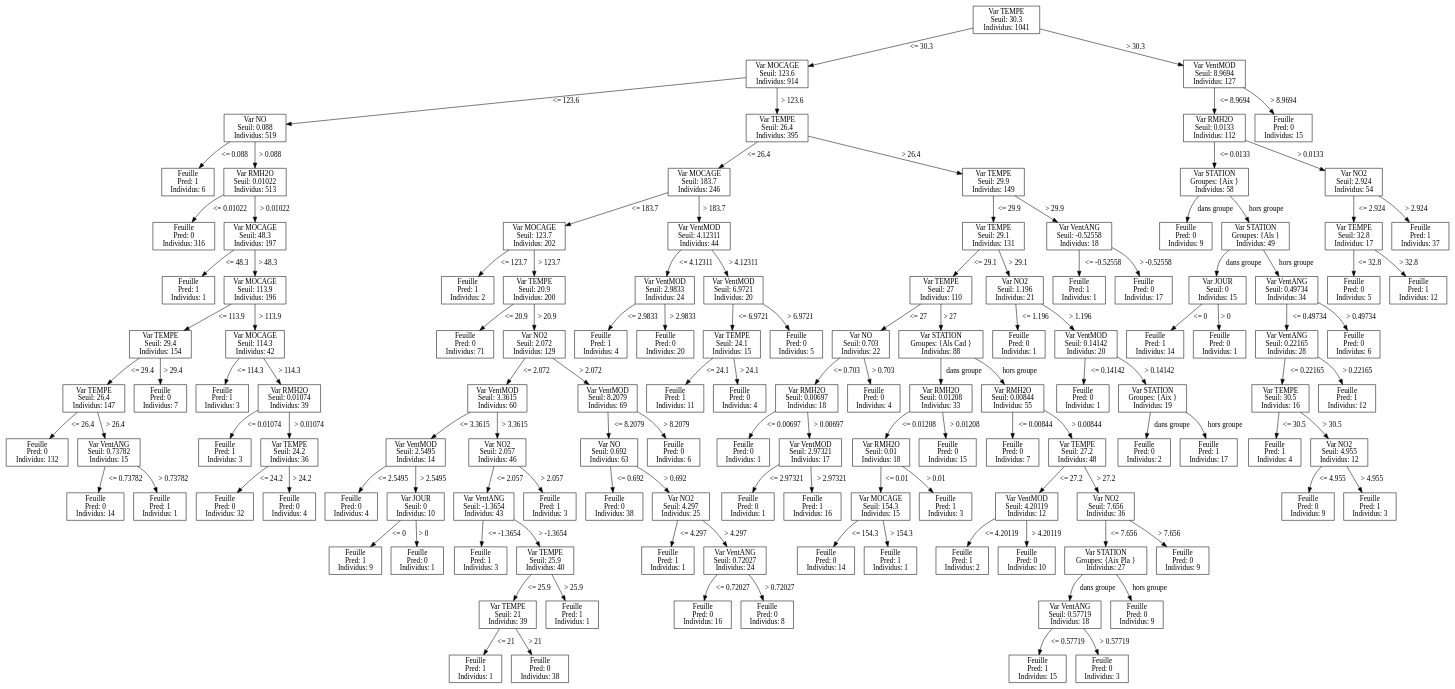
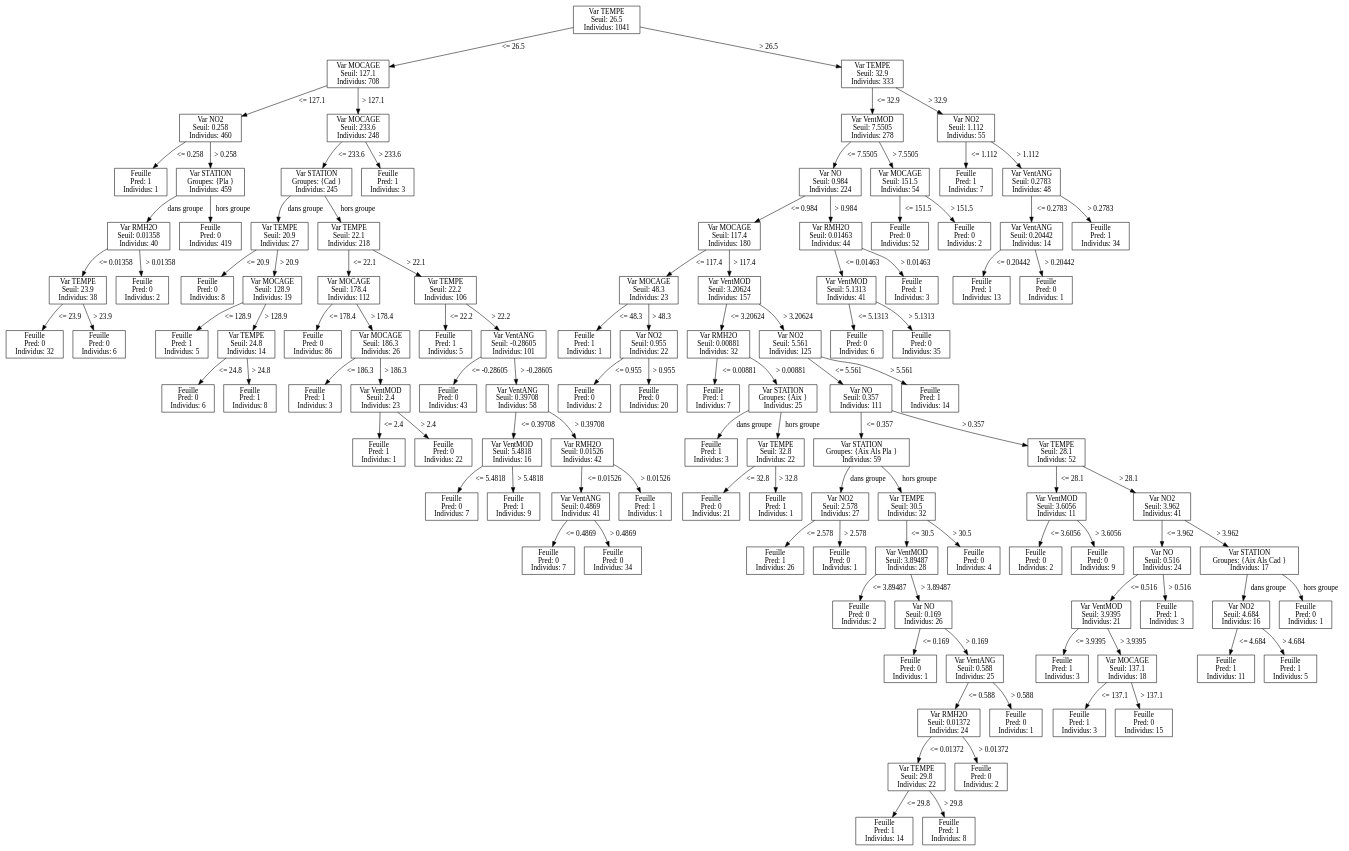
Before and after one commit to Narcisse-sudo/Binary-Tree-C-: the diagram in ArbreNum4Bagging.dot, drawn with Graphviz. The commit also changed 7 other files, not shown here.

```diff
--- a/ArbreNum4Bagging.dot
+++ b/ArbreNum4Bagging.dot
@@ -1,256 +1,224 @@
 digraph Arbre {
   node [shape=box];
-  0 [label="Var TEMPE\nSeuil: 30.3\nIndividus: 1041"];
-  1 [label="Var MOCAGE\nSeuil: 123.6\nIndividus: 914"];
-  2 [label="Var NO\nSeuil: 0.088\nIndividus: 519"];
-  3 [label="Feuille\n Pred: 1\nIndividus: 6"];
-  2 -> 3 [label="<= 0.088"];
-  4 [label="Var RMH2O\nSeuil: 0.01022\nIndividus: 513"];
-  5 [label="Feuille\n Pred: 0\nIndividus: 316"];
-  4 -> 5 [label="<= 0.01022"];
-  6 [label="Var MOCAGE\nSeuil: 48.3\nIndividus: 197"];
-  7 [label="Feuille\n Pred: 1\nIndividus: 1"];
-  6 -> 7 [label="<= 48.3"];
-  8 [label="Var MOCAGE\nSeuil: 113.9\nIndividus: 196"];
-  9 [label="Var TEMPE\nSeuil: 29.4\nIndividus: 154"];
-  10 [label="Var TEMPE\nSeuil: 26.4\nIndividus: 147"];
-  11 [label="Feuille\n Pred: 0\nIndividus: 132"];
-  10 -> 11 [label="<= 26.4"];
-  12 [label="Var VentANG\nSeuil: 0.73782\nIndividus: 15"];
-  13 [label="Feuille\n Pred: 0\nIndividus: 14"];
-  12 -> 13 [label="<= 0.73782"];
-  14 [label="Feuille\n Pred: 1\nIndividus: 1"];
-  12 -> 14 [label="> 0.73782"];
-  10 -> 12 [label="> 26.4"];
-  9 -> 10 [label="<= 29.4"];
-  15 [label="Feuille\n Pred: 0\nIndividus: 7"];
-  9 -> 15 [label="> 29.4"];
-  8 -> 9 [label="<= 113.9"];
-  16 [label="Var MOCAGE\nSeuil: 114.3\nIndividus: 42"];
-  17 [label="Feuille\n Pred: 1\nIndividus: 3"];
-  16 -> 17 [label="<= 114.3"];
-  18 [label="Var RMH2O\nSeuil: 0.01074\nIndividus: 39"];
-  19 [label="Feuille\n Pred: 1\nIndividus: 3"];
-  18 -> 19 [label="<= 0.01074"];
-  20 [label="Var TEMPE\nSeuil: 24.2\nIndividus: 36"];
-  21 [label="Feuille\n Pred: 0\nIndividus: 32"];
-  20 -> 21 [label="<= 24.2"];
-  22 [label="Feuille\n Pred: 0\nIndividus: 4"];
-  20 -> 22 [label="> 24.2"];
-  18 -> 20 [label="> 0.01074"];
-  16 -> 18 [label="> 114.3"];
-  8 -> 16 [label="> 113.9"];
-  6 -> 8 [label="> 48.3"];
-  4 -> 6 [label="> 0.01022"];
-  2 -> 4 [label="> 0.088"];
-  1 -> 2 [label="<= 123.6"];
-  23 [label="Var TEMPE\nSeuil: 26.4\nIndividus: 395"];
-  24 [label="Var MOCAGE\nSeuil: 183.7\nIndividus: 246"];
-  25 [label="Var MOCAGE\nSeuil: 123.7\nIndividus: 202"];
-  26 [label="Feuille\n Pred: 1\nIndividus: 2"];
-  25 -> 26 [label="<= 123.7"];
-  27 [label="Var TEMPE\nSeuil: 20.9\nIndividus: 200"];
-  28 [label="Feuille\n Pred: 0\nIndividus: 71"];
-  27 -> 28 [label="<= 20.9"];
-  29 [label="Var NO2\nSeuil: 2.072\nIndividus: 129"];
-  30 [label="Var VentMOD\nSeuil: 3.3615\nIndividus: 60"];
-  31 [label="Var VentMOD\nSeuil: 2.5495\nIndividus: 14"];
-  32 [label="Feuille\n Pred: 0\nIndividus: 4"];
-  31 -> 32 [label="<= 2.5495"];
-  33 [label="Var JOUR\nSeuil: 0\nIndividus: 10"];
-  34 [label="Feuille\n Pred: 1\nIndividus: 9"];
-  33 -> 34 [label="<= 0"];
-  35 [label="Feuille\n Pred: 0\nIndividus: 1"];
-  33 -> 35 [label="> 0"];
-  31 -> 33 [label="> 2.5495"];
-  30 -> 31 [label="<= 3.3615"];
-  36 [label="Var NO2\nSeuil: 2.057\nIndividus: 46"];
-  37 [label="Var VentANG\nSeuil: -1.3654\nIndividus: 43"];
-  38 [label="Feuille\n Pred: 1\nIndividus: 3"];
-  37 -> 38 [label="<= -1.3654"];
-  39 [label="Var TEMPE\nSeuil: 25.9\nIndividus: 40"];
-  40 [label="Var TEMPE\nSeuil: 21\nIndividus: 39"];
-  41 [label="Feuille\n Pred: 1\nIndividus: 1"];
-  40 -> 41 [label="<= 21"];
-  42 [label="Feuille\n Pred: 0\nIndividus: 38"];
-  40 -> 42 [label="> 21"];
-  39 -> 40 [label="<= 25.9"];
-  43 [label="Feuille\n Pred: 1\nIndividus: 1"];
-  39 -> 43 [label="> 25.9"];
-  37 -> 39 [label="> -1.3654"];
-  36 -> 37 [label="<= 2.057"];
-  44 [label="Feuille\n Pred: 1\nIndividus: 3"];
-  36 -> 44 [label="> 2.057"];
-  30 -> 36 [label="> 3.3615"];
-  29 -> 30 [label="<= 2.072"];
-  45 [label="Var VentMOD\nSeuil: 8.2079\nIndividus: 69"];
-  46 [label="Var NO\nSeuil: 0.692\nIndividus: 63"];
-  47 [label="Feuille\n Pred: 0\nIndividus: 38"];
-  46 -> 47 [label="<= 0.692"];
-  48 [label="Var NO2\nSeuil: 4.297\nIndividus: 25"];
-  49 [label="Feuille\n Pred: 1\nIndividus: 1"];
-  48 -> 49 [label="<= 4.297"];
-  50 [label="Var VentANG\nSeuil: 0.72027\nIndividus: 24"];
-  51 [label="Feuille\n Pred: 0\nIndividus: 16"];
-  50 -> 51 [label="<= 0.72027"];
-  52 [label="Feuille\n Pred: 0\nIndividus: 8"];
-  50 -> 52 [label="> 0.72027"];
-  48 -> 50 [label="> 4.297"];
-  46 -> 48 [label="> 0.692"];
-  45 -> 46 [label="<= 8.2079"];
-  53 [label="Feuille\n Pred: 0\nIndividus: 6"];
-  45 -> 53 [label="> 8.2079"];
-  29 -> 45 [label="> 2.072"];
-  27 -> 29 [label="> 20.9"];
-  25 -> 27 [label="> 123.7"];
-  24 -> 25 [label="<= 183.7"];
-  54 [label="Var VentMOD\nSeuil: 4.12311\nIndividus: 44"];
-  55 [label="Var VentMOD\nSeuil: 2.9833\nIndividus: 24"];
-  56 [label="Feuille\n Pred: 1\nIndividus: 4"];
-  55 -> 56 [label="<= 2.9833"];
-  57 [label="Feuille\n Pred: 0\nIndividus: 20"];
-  55 -> 57 [label="> 2.9833"];
-  54 -> 55 [label="<= 4.12311"];
-  58 [label="Var VentMOD\nSeuil: 6.9721\nIndividus: 20"];
-  59 [label="Var TEMPE\nSeuil: 24.1\nIndividus: 15"];
-  60 [label="Feuille\n Pred: 1\nIndividus: 11"];
-  59 -> 60 [label="<= 24.1"];
-  61 [label="Feuille\n Pred: 0\nIndividus: 4"];
-  59 -> 61 [label="> 24.1"];
-  58 -> 59 [label="<= 6.9721"];
-  62 [label="Feuille\n Pred: 0\nIndividus: 5"];
-  58 -> 62 [label="> 6.9721"];
-  54 -> 58 [label="> 4.12311"];
-  24 -> 54 [label="> 183.7"];
-  23 -> 24 [label="<= 26.4"];
-  63 [label="Var TEMPE\nSeuil: 29.9\nIndividus: 149"];
-  64 [label="Var TEMPE\nSeuil: 29.1\nIndividus: 131"];
-  65 [label="Var TEMPE\nSeuil: 27\nIndividus: 110"];
-  66 [label="Var NO\nSeuil: 0.703\nIndividus: 22"];
-  67 [label="Var RMH2O\nSeuil: 0.00697\nIndividus: 18"];
-  68 [label="Feuille\n Pred: 0\nIndividus: 1"];
-  67 -> 68 [label="<= 0.00697"];
-  69 [label="Var VentMOD\nSeuil: 2.97321\nIndividus: 17"];
-  70 [label="Feuille\n Pred: 0\nIndividus: 1"];
-  69 -> 70 [label="<= 2.97321"];
-  71 [label="Feuille\n Pred: 1\nIndividus: 16"];
-  69 -> 71 [label="> 2.97321"];
-  67 -> 69 [label="> 0.00697"];
-  66 -> 67 [label="<= 0.703"];
-  72 [label="Feuille\n Pred: 0\nIndividus: 4"];
-  66 -> 72 [label="> 0.703"];
-  65 -> 66 [label="<= 27"];
-  73 [label="Var STATION\nGroupes: {Als Cad }\nIndividus: 88"];
-  74 [label="Var RMH2O\nSeuil: 0.01208\nIndividus: 33"];
-  75 [label="Var RMH2O\nSeuil: 0.01\nIndividus: 18"];
-  76 [label="Var MOCAGE\nSeuil: 154.3\nIndividus: 15"];
-  77 [label="Feuille\n Pred: 0\nIndividus: 14"];
-  76 -> 77 [label="<= 154.3"];
-  78 [label="Feuille\n Pred: 1\nIndividus: 1"];
-  76 -> 78 [label="> 154.3"];
-  75 -> 76 [label="<= 0.01"];
-  79 [label="Feuille\n Pred: 1\nIndividus: 3"];
-  75 -> 79 [label="> 0.01"];
-  74 -> 75 [label="<= 0.01208"];
-  80 [label="Feuille\n Pred: 0\nIndividus: 15"];
-  74 -> 80 [label="> 0.01208"];
-  73 -> 74 [label="dans groupe"];
-  81 [label="Var RMH2O\nSeuil: 0.00844\nIndividus: 55"];
-  82 [label="Feuille\n Pred: 0\nIndividus: 7"];
-  81 -> 82 [label="<= 0.00844"];
-  83 [label="Var TEMPE\nSeuil: 27.2\nIndividus: 48"];
-  84 [label="Var VentMOD\nSeuil: 4.20119\nIndividus: 12"];
-  85 [label="Feuille\n Pred: 1\nIndividus: 2"];
-  84 -> 85 [label="<= 4.20119"];
-  86 [label="Feuille\n Pred: 0\nIndividus: 10"];
-  84 -> 86 [label="> 4.20119"];
-  83 -> 84 [label="<= 27.2"];
-  87 [label="Var NO2\nSeuil: 7.656\nIndividus: 36"];
-  88 [label="Var STATION\nGroupes: {Aix Pla }\nIndividus: 27"];
-  89 [label="Var VentANG\nSeuil: 0.57719\nIndividus: 18"];
-  90 [label="Feuille\n Pred: 1\nIndividus: 15"];
-  89 -> 90 [label="<= 0.57719"];
-  91 [label="Feuille\n Pred: 0\nIndividus: 3"];
-  89 -> 91 [label="> 0.57719"];
-  88 -> 89 [label="dans groupe"];
-  92 [label="Feuille\n Pred: 0\nIndividus: 9"];
-  88 -> 92 [label="hors groupe"];
-  87 -> 88 [label="<= 7.656"];
-  93 [label="Feuille\n Pred: 0\nIndividus: 9"];
-  87 -> 93 [label="> 7.656"];
-  83 -> 87 [label="> 27.2"];
-  81 -> 83 [label="> 0.00844"];
-  73 -> 81 [label="hors groupe"];
-  65 -> 73 [label="> 27"];
-  64 -> 65 [label="<= 29.1"];
-  94 [label="Var NO2\nSeuil: 1.196\nIndividus: 21"];
-  95 [label="Feuille\n Pred: 0\nIndividus: 1"];
-  94 -> 95 [label="<= 1.196"];
-  96 [label="Var VentMOD\nSeuil: 0.14142\nIndividus: 20"];
-  97 [label="Feuille\n Pred: 0\nIndividus: 1"];
-  96 -> 97 [label="<= 0.14142"];
-  98 [label="Var STATION\nGroupes: {Aix }\nIndividus: 19"];
-  99 [label="Feuille\n Pred: 0\nIndividus: 2"];
-  98 -> 99 [label="dans groupe"];
-  100 [label="Feuille\n Pred: 1\nIndividus: 17"];
-  98 -> 100 [label="hors groupe"];
-  96 -> 98 [label="> 0.14142"];
-  94 -> 96 [label="> 1.196"];
-  64 -> 94 [label="> 29.1"];
-  63 -> 64 [label="<= 29.9"];
-  101 [label="Var VentANG\nSeuil: -0.52558\nIndividus: 18"];
-  102 [label="Feuille\n Pred: 1\nIndividus: 1"];
-  101 -> 102 [label="<= -0.52558"];
-  103 [label="Feuille\n Pred: 0\nIndividus: 17"];
-  101 -> 103 [label="> -0.52558"];
-  63 -> 101 [label="> 29.9"];
-  23 -> 63 [label="> 26.4"];
-  1 -> 23 [label="> 123.6"];
-  0 -> 1 [label="<= 30.3"];
-  104 [label="Var VentMOD\nSeuil: 8.9694\nIndividus: 127"];
-  105 [label="Var RMH2O\nSeuil: 0.0133\nIndividus: 112"];
-  106 [label="Var STATION\nGroupes: {Aix }\nIndividus: 58"];
-  107 [label="Feuille\n Pred: 0\nIndividus: 9"];
-  106 -> 107 [label="dans groupe"];
-  108 [label="Var STATION\nGroupes: {Als }\nIndividus: 49"];
-  109 [label="Var JOUR\nSeuil: 0\nIndividus: 15"];
-  110 [label="Feuille\n Pred: 1\nIndividus: 14"];
-  109 -> 110 [label="<= 0"];
-  111 [label="Feuille\n Pred: 0\nIndividus: 1"];
-  109 -> 111 [label="> 0"];
-  108 -> 109 [label="dans groupe"];
-  112 [label="Var VentANG\nSeuil: 0.49734\nIndividus: 34"];
-  113 [label="Var VentANG\nSeuil: 0.22165\nIndividus: 28"];
-  114 [label="Var TEMPE\nSeuil: 30.5\nIndividus: 16"];
-  115 [label="Feuille\n Pred: 1\nIndividus: 4"];
-  114 -> 115 [label="<= 30.5"];
-  116 [label="Var NO2\nSeuil: 4.955\nIndividus: 12"];
-  117 [label="Feuille\n Pred: 0\nIndividus: 9"];
-  116 -> 117 [label="<= 4.955"];
-  118 [label="Feuille\n Pred: 1\nIndividus: 3"];
-  116 -> 118 [label="> 4.955"];
-  114 -> 116 [label="> 30.5"];
-  113 -> 114 [label="<= 0.22165"];
-  119 [label="Feuille\n Pred: 1\nIndividus: 12"];
-  113 -> 119 [label="> 0.22165"];
-  112 -> 113 [label="<= 0.49734"];
-  120 [label="Feuille\n Pred: 0\nIndividus: 6"];
-  112 -> 120 [label="> 0.49734"];
-  108 -> 112 [label="hors groupe"];
-  106 -> 108 [label="hors groupe"];
-  105 -> 106 [label="<= 0.0133"];
-  121 [label="Var NO2\nSeuil: 2.924\nIndividus: 54"];
-  122 [label="Var TEMPE\nSeuil: 32.8\nIndividus: 17"];
-  123 [label="Feuille\n Pred: 0\nIndividus: 5"];
-  122 -> 123 [label="<= 32.8"];
-  124 [label="Feuille\n Pred: 1\nIndividus: 12"];
-  122 -> 124 [label="> 32.8"];
-  121 -> 122 [label="<= 2.924"];
-  125 [label="Feuille\n Pred: 1\nIndividus: 37"];
-  121 -> 125 [label="> 2.924"];
-  105 -> 121 [label="> 0.0133"];
-  104 -> 105 [label="<= 8.9694"];
-  126 [label="Feuille\n Pred: 0\nIndividus: 15"];
-  104 -> 126 [label="> 8.9694"];
-  0 -> 104 [label="> 30.3"];
+  0 [label="Var TEMPE\nSeuil: 26.5\nIndividus: 1041"];
+  1 [label="Var MOCAGE\nSeuil: 127.1\nIndividus: 708"];
+  2 [label="Var NO2\nSeuil: 0.258\nIndividus: 460"];
+  3 [label="Feuille\n Pred: 1\nIndividus: 1"];
+  2 -> 3 [label="<= 0.258"];
+  4 [label="Var STATION\nGroupes: {Pla }\nIndividus: 459"];
+  5 [label="Var RMH2O\nSeuil: 0.01358\nIndividus: 40"];
+  6 [label="Var TEMPE\nSeuil: 23.9\nIndividus: 38"];
+  7 [label="Feuille\n Pred: 0\nIndividus: 32"];
+  6 -> 7 [label="<= 23.9"];
+  8 [label="Feuille\n Pred: 0\nIndividus: 6"];
+  6 -> 8 [label="> 23.9"];
+  5 -> 6 [label="<= 0.01358"];
+  9 [label="Feuille\n Pred: 0\nIndividus: 2"];
+  5 -> 9 [label="> 0.01358"];
+  4 -> 5 [label="dans groupe"];
+  10 [label="Feuille\n Pred: 0\nIndividus: 419"];
+  4 -> 10 [label="hors groupe"];
+  2 -> 4 [label="> 0.258"];
+  1 -> 2 [label="<= 127.1"];
+  11 [label="Var MOCAGE\nSeuil: 233.6\nIndividus: 248"];
+  12 [label="Var STATION\nGroupes: {Cad }\nIndividus: 245"];
+  13 [label="Var TEMPE\nSeuil: 20.9\nIndividus: 27"];
+  14 [label="Feuille\n Pred: 0\nIndividus: 8"];
+  13 -> 14 [label="<= 20.9"];
+  15 [label="Var MOCAGE\nSeuil: 128.9\nIndividus: 19"];
+  16 [label="Feuille\n Pred: 1\nIndividus: 5"];
+  15 -> 16 [label="<= 128.9"];
+  17 [label="Var TEMPE\nSeuil: 24.8\nIndividus: 14"];
+  18 [label="Feuille\n Pred: 0\nIndividus: 6"];
+  17 -> 18 [label="<= 24.8"];
+  19 [label="Feuille\n Pred: 1\nIndividus: 8"];
+  17 -> 19 [label="> 24.8"];
+  15 -> 17 [label="> 128.9"];
+  13 -> 15 [label="> 20.9"];
+  12 -> 13 [label="dans groupe"];
+  20 [label="Var TEMPE\nSeuil: 22.1\nIndividus: 218"];
+  21 [label="Var MOCAGE\nSeuil: 178.4\nIndividus: 112"];
+  22 [label="Feuille\n Pred: 0\nIndividus: 86"];
+  21 -> 22 [label="<= 178.4"];
+  23 [label="Var MOCAGE\nSeuil: 186.3\nIndividus: 26"];
+  24 [label="Feuille\n Pred: 1\nIndividus: 3"];
+  23 -> 24 [label="<= 186.3"];
+  25 [label="Var VentMOD\nSeuil: 2.4\nIndividus: 23"];
+  26 [label="Feuille\n Pred: 1\nIndividus: 1"];
+  25 -> 26 [label="<= 2.4"];
+  27 [label="Feuille\n Pred: 0\nIndividus: 22"];
+  25 -> 27 [label="> 2.4"];
+  23 -> 25 [label="> 186.3"];
+  21 -> 23 [label="> 178.4"];
+  20 -> 21 [label="<= 22.1"];
+  28 [label="Var TEMPE\nSeuil: 22.2\nIndividus: 106"];
+  29 [label="Feuille\n Pred: 1\nIndividus: 5"];
+  28 -> 29 [label="<= 22.2"];
+  30 [label="Var VentANG\nSeuil: -0.28605\nIndividus: 101"];
+  31 [label="Feuille\n Pred: 0\nIndividus: 43"];
+  30 -> 31 [label="<= -0.28605"];
+  32 [label="Var VentANG\nSeuil: 0.39708\nIndividus: 58"];
+  33 [label="Var VentMOD\nSeuil: 5.4818\nIndividus: 16"];
+  34 [label="Feuille\n Pred: 0\nIndividus: 7"];
+  33 -> 34 [label="<= 5.4818"];
+  35 [label="Feuille\n Pred: 1\nIndividus: 9"];
+  33 -> 35 [label="> 5.4818"];
+  32 -> 33 [label="<= 0.39708"];
+  36 [label="Var RMH2O\nSeuil: 0.01526\nIndividus: 42"];
+  37 [label="Var VentANG\nSeuil: 0.4869\nIndividus: 41"];
+  38 [label="Feuille\n Pred: 0\nIndividus: 7"];
+  37 -> 38 [label="<= 0.4869"];
+  39 [label="Feuille\n Pred: 0\nIndividus: 34"];
+  37 -> 39 [label="> 0.4869"];
+  36 -> 37 [label="<= 0.01526"];
+  40 [label="Feuille\n Pred: 1\nIndividus: 1"];
+  36 -> 40 [label="> 0.01526"];
+  32 -> 36 [label="> 0.39708"];
+  30 -> 32 [label="> -0.28605"];
+  28 -> 30 [label="> 22.2"];
+  20 -> 28 [label="> 22.1"];
+  12 -> 20 [label="hors groupe"];
+  11 -> 12 [label="<= 233.6"];
+  41 [label="Feuille\n Pred: 1\nIndividus: 3"];
+  11 -> 41 [label="> 233.6"];
+  1 -> 11 [label="> 127.1"];
+  0 -> 1 [label="<= 26.5"];
+  42 [label="Var TEMPE\nSeuil: 32.9\nIndividus: 333"];
+  43 [label="Var VentMOD\nSeuil: 7.5505\nIndividus: 278"];
+  44 [label="Var NO\nSeuil: 0.984\nIndividus: 224"];
+  45 [label="Var MOCAGE\nSeuil: 117.4\nIndividus: 180"];
+  46 [label="Var MOCAGE\nSeuil: 48.3\nIndividus: 23"];
+  47 [label="Feuille\n Pred: 1\nIndividus: 1"];
+  46 -> 47 [label="<= 48.3"];
+  48 [label="Var NO2\nSeuil: 0.955\nIndividus: 22"];
+  49 [label="Feuille\n Pred: 0\nIndividus: 2"];
+  48 -> 49 [label="<= 0.955"];
+  50 [label="Feuille\n Pred: 0\nIndividus: 20"];
+  48 -> 50 [label="> 0.955"];
+  46 -> 48 [label="> 48.3"];
+  45 -> 46 [label="<= 117.4"];
+  51 [label="Var VentMOD\nSeuil: 3.20624\nIndividus: 157"];
+  52 [label="Var RMH2O\nSeuil: 0.00881\nIndividus: 32"];
+  53 [label="Feuille\n Pred: 1\nIndividus: 7"];
+  52 -> 53 [label="<= 0.00881"];
+  54 [label="Var STATION\nGroupes: {Aix }\nIndividus: 25"];
+  55 [label="Feuille\n Pred: 1\nIndividus: 3"];
+  54 -> 55 [label="dans groupe"];
+  56 [label="Var TEMPE\nSeuil: 32.8\nIndividus: 22"];
+  57 [label="Feuille\n Pred: 0\nIndividus: 21"];
+  56 -> 57 [label="<= 32.8"];
+  58 [label="Feuille\n Pred: 1\nIndividus: 1"];
+  56 -> 58 [label="> 32.8"];
+  54 -> 56 [label="hors groupe"];
+  52 -> 54 [label="> 0.00881"];
+  51 -> 52 [label="<= 3.20624"];
+  59 [label="Var NO2\nSeuil: 5.561\nIndividus: 125"];
+  60 [label="Var NO\nSeuil: 0.357\nIndividus: 111"];
+  61 [label="Var STATION\nGroupes: {Aix Als Pla }\nIndividus: 59"];
+  62 [label="Var NO2\nSeuil: 2.578\nIndividus: 27"];
+  63 [label="Feuille\n Pred: 1\nIndividus: 26"];
+  62 -> 63 [label="<= 2.578"];
+  64 [label="Feuille\n Pred: 0\nIndividus: 1"];
+  62 -> 64 [label="> 2.578"];
+  61 -> 62 [label="dans groupe"];
+  65 [label="Var TEMPE\nSeuil: 30.5\nIndividus: 32"];
+  66 [label="Var VentMOD\nSeuil: 3.89487\nIndividus: 28"];
+  67 [label="Feuille\n Pred: 0\nIndividus: 2"];
+  66 -> 67 [label="<= 3.89487"];
+  68 [label="Var NO\nSeuil: 0.169\nIndividus: 26"];
+  69 [label="Feuille\n Pred: 0\nIndividus: 1"];
+  68 -> 69 [label="<= 0.169"];
+  70 [label="Var VentANG\nSeuil: 0.588\nIndividus: 25"];
+  71 [label="Var RMH2O\nSeuil: 0.01372\nIndividus: 24"];
+  72 [label="Var TEMPE\nSeuil: 29.8\nIndividus: 22"];
+  73 [label="Feuille\n Pred: 1\nIndividus: 14"];
+  72 -> 73 [label="<= 29.8"];
+  74 [label="Feuille\n Pred: 1\nIndividus: 8"];
+  72 -> 74 [label="> 29.8"];
+  71 -> 72 [label="<= 0.01372"];
+  75 [label="Feuille\n Pred: 0\nIndividus: 2"];
+  71 -> 75 [label="> 0.01372"];
+  70 -> 71 [label="<= 0.588"];
+  76 [label="Feuille\n Pred: 0\nIndividus: 1"];
+  70 -> 76 [label="> 0.588"];
+  68 -> 70 [label="> 0.169"];
+  66 -> 68 [label="> 3.89487"];
+  65 -> 66 [label="<= 30.5"];
+  77 [label="Feuille\n Pred: 0\nIndividus: 4"];
+  65 -> 77 [label="> 30.5"];
+  61 -> 65 [label="hors groupe"];
+  60 -> 61 [label="<= 0.357"];
+  78 [label="Var TEMPE\nSeuil: 28.1\nIndividus: 52"];
+  79 [label="Var VentMOD\nSeuil: 3.6056\nIndividus: 11"];
+  80 [label="Feuille\n Pred: 0\nIndividus: 2"];
+  79 -> 80 [label="<= 3.6056"];
+  81 [label="Feuille\n Pred: 0\nIndividus: 9"];
+  79 -> 81 [label="> 3.6056"];
+  78 -> 79 [label="<= 28.1"];
+  82 [label="Var NO2\nSeuil: 3.962\nIndividus: 41"];
+  83 [label="Var NO\nSeuil: 0.516\nIndividus: 24"];
+  84 [label="Var VentMOD\nSeuil: 3.9395\nIndividus: 21"];
+  85 [label="Feuille\n Pred: 1\nIndividus: 3"];
+  84 -> 85 [label="<= 3.9395"];
+  86 [label="Var MOCAGE\nSeuil: 137.1\nIndividus: 18"];
+  87 [label="Feuille\n Pred: 1\nIndividus: 3"];
+  86 -> 87 [label="<= 137.1"];
+  88 [label="Feuille\n Pred: 0\nIndividus: 15"];
+  86 -> 88 [label="> 137.1"];
+  84 -> 86 [label="> 3.9395"];
+  83 -> 84 [label="<= 0.516"];
+  89 [label="Feuille\n Pred: 1\nIndividus: 3"];
+  83 -> 89 [label="> 0.516"];
+  82 -> 83 [label="<= 3.962"];
+  90 [label="Var STATION\nGroupes: {Aix Als Cad }\nIndividus: 17"];
+  91 [label="Var NO2\nSeuil: 4.684\nIndividus: 16"];
+  92 [label="Feuille\n Pred: 1\nIndividus: 11"];
+  91 -> 92 [label="<= 4.684"];
+  93 [label="Feuille\n Pred: 1\nIndividus: 5"];
+  91 -> 93 [label="> 4.684"];
+  90 -> 91 [label="dans groupe"];
+  94 [label="Feuille\n Pred: 0\nIndividus: 1"];
+  90 -> 94 [label="hors groupe"];
+  82 -> 90 [label="> 3.962"];
+  78 -> 82 [label="> 28.1"];
+  60 -> 78 [label="> 0.357"];
+  59 -> 60 [label="<= 5.561"];
+  95 [label="Feuille\n Pred: 1\nIndividus: 14"];
+  59 -> 95 [label="> 5.561"];
+  51 -> 59 [label="> 3.20624"];
+  45 -> 51 [label="> 117.4"];
+  44 -> 45 [label="<= 0.984"];
+  96 [label="Var RMH2O\nSeuil: 0.01463\nIndividus: 44"];
+  97 [label="Var VentMOD\nSeuil: 5.1313\nIndividus: 41"];
+  98 [label="Feuille\n Pred: 0\nIndividus: 6"];
+  97 -> 98 [label="<= 5.1313"];
+  99 [label="Feuille\n Pred: 0\nIndividus: 35"];
+  97 -> 99 [label="> 5.1313"];
+  96 -> 97 [label="<= 0.01463"];
+  100 [label="Feuille\n Pred: 1\nIndividus: 3"];
+  96 -> 100 [label="> 0.01463"];
+  44 -> 96 [label="> 0.984"];
+  43 -> 44 [label="<= 7.5505"];
+  101 [label="Var MOCAGE\nSeuil: 151.5\nIndividus: 54"];
+  102 [label="Feuille\n Pred: 0\nIndividus: 52"];
+  101 -> 102 [label="<= 151.5"];
+  103 [label="Feuille\n Pred: 0\nIndividus: 2"];
+  101 -> 103 [label="> 151.5"];
+  43 -> 101 [label="> 7.5505"];
+  42 -> 43 [label="<= 32.9"];
+  104 [label="Var NO2\nSeuil: 1.112\nIndividus: 55"];
+  105 [label="Feuille\n Pred: 1\nIndividus: 7"];
+  104 -> 105 [label="<= 1.112"];
+  106 [label="Var VentANG\nSeuil: 0.2783\nIndividus: 48"];
+  107 [label="Var VentANG\nSeuil: 0.20442\nIndividus: 14"];
+  108 [label="Feuille\n Pred: 1\nIndividus: 13"];
+  107 -> 108 [label="<= 0.20442"];
+  109 [label="Feuille\n Pred: 0\nIndividus: 1"];
+  107 -> 109 [label="> 0.20442"];
+  106 -> 107 [label="<= 0.2783"];
+  110 [label="Feuille\n Pred: 1\nIndividus: 34"];
+  106 -> 110 [label="> 0.2783"];
+  104 -> 106 [label="> 1.112"];
+  42 -> 104 [label="> 32.9"];
+  0 -> 42 [label="> 26.5"];
 }
```
